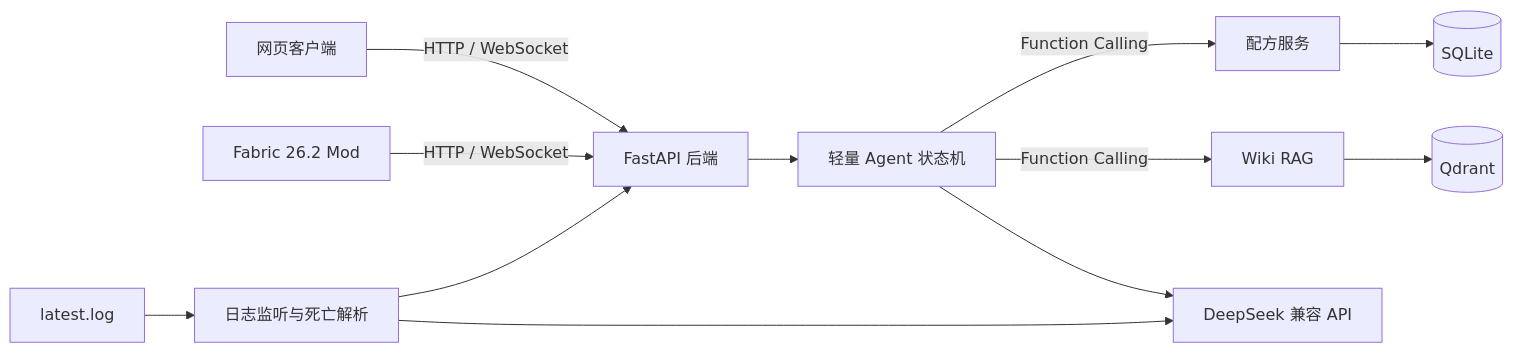
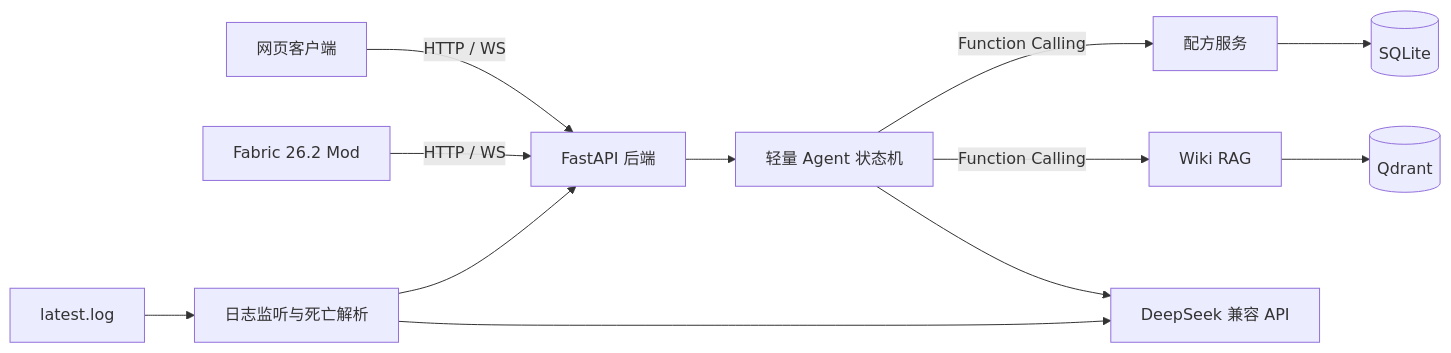
The diagram in README.md (brofea/mc-pilot), drawn with Mermaid before and after one commit. The commit also changed other lines of this file and 160 other files, not shown here.

````diff
--- a/README.md
+++ b/README.md
@@ -31,14 +31,14 @@
 ```mermaid
 flowchart LR
-    Web[网页客户端] -->|HTTP / WebSocket| API[FastAPI 后端]
-    Mod[Fabric 26.2 Mod] -->|HTTP / WebSocket| API
+    Web[网页客户端] -->|HTTP / WS| API[FastAPI 后端]
+    Mod[Fabric 26.2 Mod] -->|HTTP / WS| API
     API --> Agent[轻量 Agent 状态机]
     Agent -->|Function Calling| Recipes[配方服务]
     Agent -->|Function Calling| RAG[Wiki RAG]
     Agent --> DeepSeek[DeepSeek 兼容 API]
     Recipes --> SQLite[(SQLite)]
     RAG --> Qdrant[(Qdrant)]
     Log[latest.log] --> Game[日志监听与死亡解析]
     Game --> DeepSeek
     Game --> API
 ```
````
